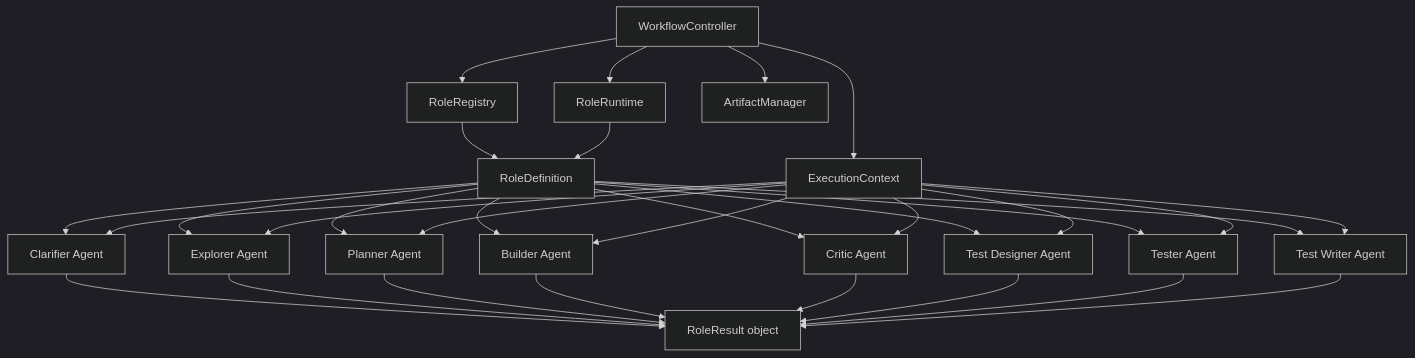
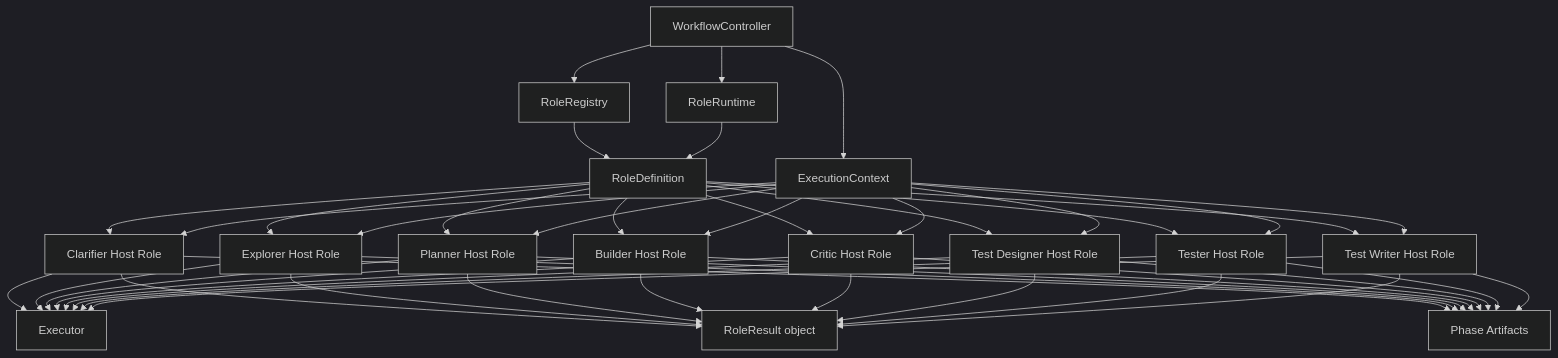
One commit to AryzingKhaos/AegisFlow changed the second of 4 diagrams in roleflow/clarifications/0.1.0/default-workflow-role-layer-prd.md. Above: the diagram before and after it, drawn with Mermaid (dark theme). The commit also changed other lines of this file and 7 other files, not shown here.

````diff
--- a/roleflow/clarifications/0.1.0/default-workflow-role-layer-prd.md
+++ b/roleflow/clarifications/0.1.0/default-workflow-role-layer-prd.md
@@ -143,49 +154,65 @@
 ```mermaid
 flowchart TB
     WF[WorkflowController]
     RRT[RoleRuntime]
     RR[RoleRegistry]
     RD[RoleDefinition]
-    R1[Clarifier Agent]
-    R2[Explorer Agent]
-    R3[Planner Agent]
-    R4[Builder Agent]
-    R5[Critic Agent]
-    R6[Test Designer Agent]
-    R7[Tester Agent]
-    R8[Test Writer Agent]
+    EX[Executor]
+    R1[Clarifier Host Role]
+    R2[Explorer Host Role]
+    R3[Planner Host Role]
+    R4[Builder Host Role]
+    R5[Critic Host Role]
+    R6[Test Designer Host Role]
+    R7[Tester Host Role]
+    R8[Test Writer Host Role]
     EC[ExecutionContext]
     RES[RoleResult object]
-    AM[ArtifactManager]
+    ART[Phase Artifacts]
 
     WF --> RRT
     WF --> RR
     RR --> RD
     RRT --> RD
     RD --> R1
     RD --> R2
     RD --> R3
     RD --> R4
     RD --> R5
     RD --> R6
     RD --> R7
     RD --> R8
     WF --> EC
     EC --> R1
     EC --> R2
     EC --> R3
     EC --> R4
     EC --> R5
     EC --> R6
     EC --> R7
     EC --> R8
+    R1 --> EX
+    R2 --> EX
+    R3 --> EX
+    R4 --> EX
+    R5 --> EX
+    R6 --> EX
+    R7 --> EX
+    R8 --> EX
     R1 --> RES
     R2 --> RES
     R3 --> RES
     R4 --> RES
     R5 --> RES
     R6 --> RES
     R7 --> RES
     R8 --> RES
-    WF --> AM
+    R1 --> ART
+    R2 --> ART
+    R3 --> ART
+    R4 --> ART
+    R5 --> ART
+    R6 --> ART
+    R7 --> ART
+    R8 --> ART
 ```
````
